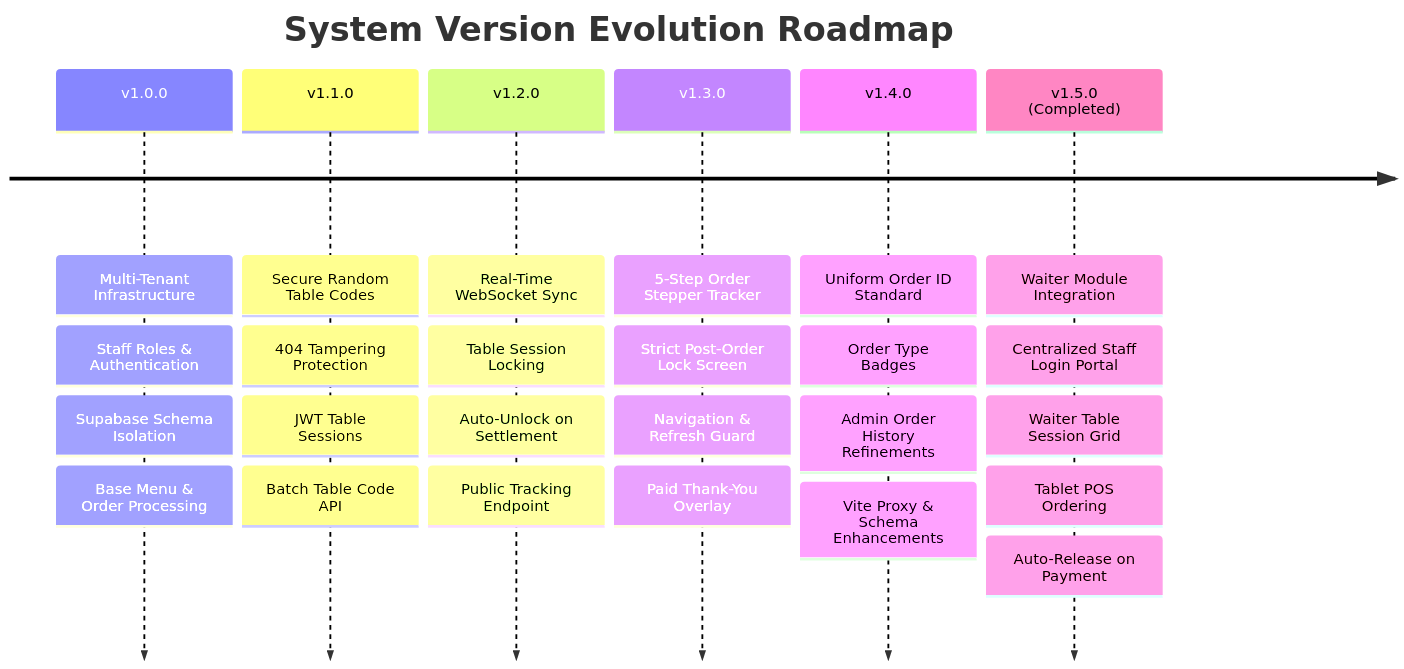
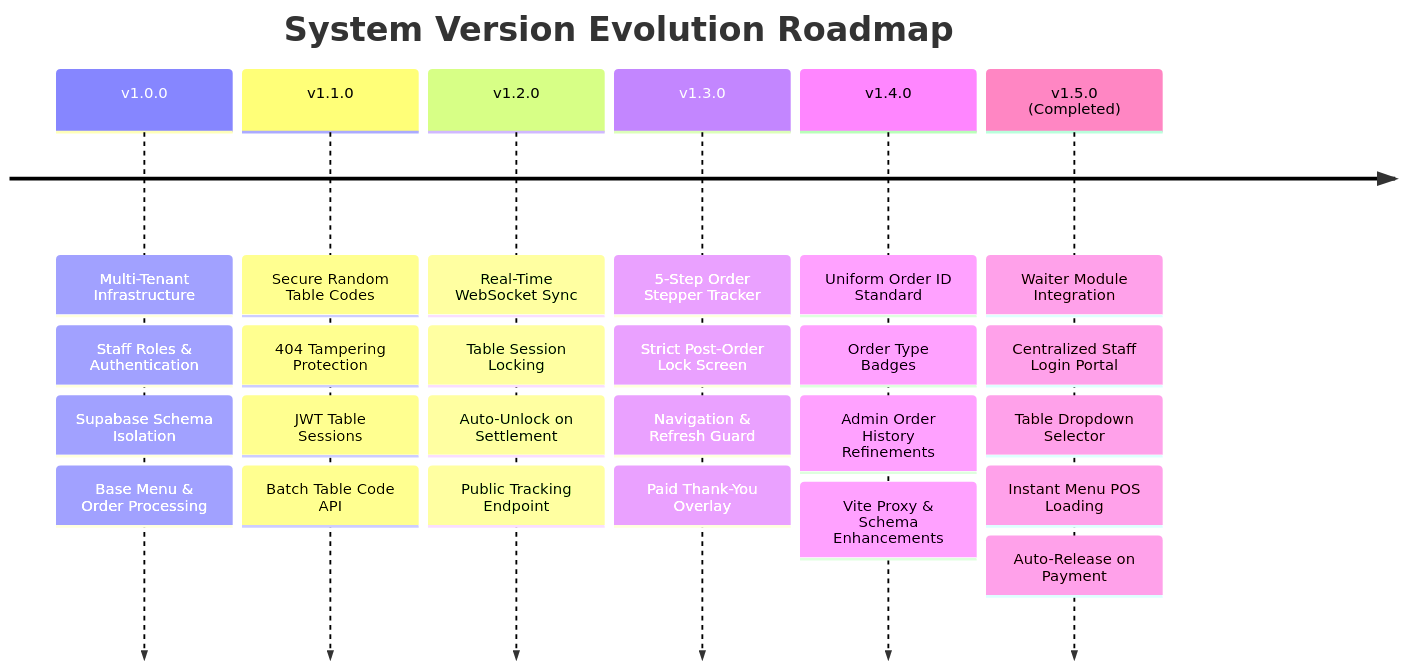
One commit to alifayyaz-06/apexscan changed the first of 2 diagrams in PLAN.md. Above: the diagram before and after it, drawn with Mermaid. The commit also changed other lines of this file, not shown here.

Commit message:
docs: sync PLAN.md with table dropdown selector updates

````diff
--- a/PLAN.md
+++ b/PLAN.md
@@ -18,10 +18,10 @@
 ```mermaid
 timeline
     title System Version Evolution Roadmap
     v1.0.0 : Multi-Tenant Infrastructure : Staff Roles & Authentication : Supabase Schema Isolation : Base Menu & Order Processing
     v1.1.0 : Secure Random Table Codes : 404 Tampering Protection : JWT Table Sessions : Batch Table Code API
     v1.2.0 : Real-Time WebSocket Sync : Table Session Locking : Auto-Unlock on Settlement : Public Tracking Endpoint
     v1.3.0 : 5-Step Order Stepper Tracker : Strict Post-Order Lock Screen : Navigation & Refresh Guard : Paid Thank-You Overlay
     v1.4.0 : Uniform Order ID Standard : Order Type Badges : Admin Order History Refinements : Vite Proxy & Schema Enhancements
-    v1.5.0 (Completed) : Waiter Module Integration : Centralized Staff Login Portal : Waiter Table Session Grid : Tablet POS Ordering : Auto-Release on Payment
+    v1.5.0 (Completed) : Waiter Module Integration : Centralized Staff Login Portal : Table Dropdown Selector : Instant Menu POS Loading : Auto-Release on Payment
 ```
````
